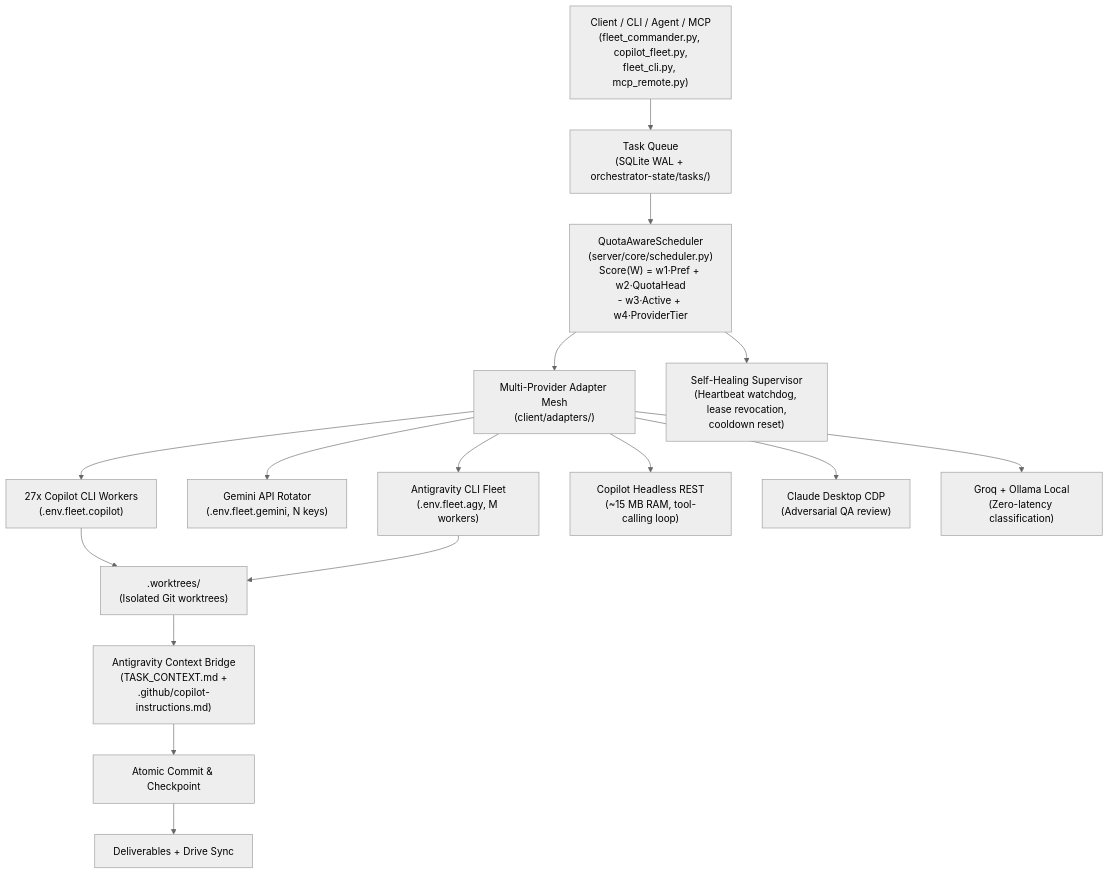
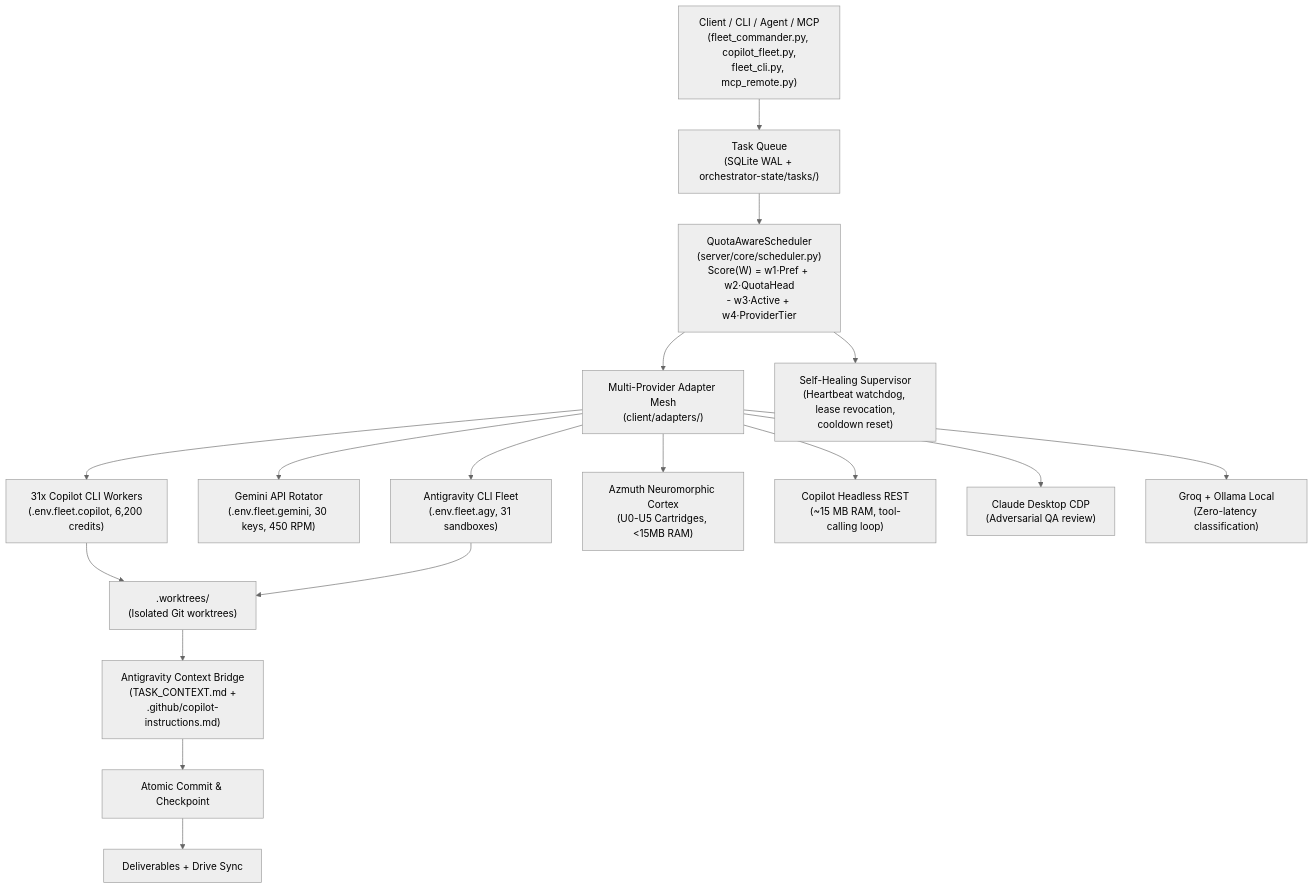
Before and after one commit to AaradhyaDT/Fleet-Orchestrator: the diagram in .agents/skills/fleet-orchestrator/SKILL.md, drawn with Mermaid (neutral theme). The commit also changed other lines of this file and 3 other files, not shown here.

Commit message:
docs(skills): update fleet-orchestrator and adaptive-workflow skills to 31 Copilot workers and 30 Gemini keys (#26)

````diff
--- a/.agents/skills/fleet-orchestrator/SKILL.md
+++ b/.agents/skills/fleet-orchestrator/SKILL.md
@@ -23,23 +23,24 @@
 ```mermaid
 flowchart TD
     Submission["Client / CLI / Agent / MCP\n(fleet_commander.py, copilot_fleet.py,\nfleet_cli.py, mcp_remote.py)"] --> Queue["Task Queue\n(SQLite WAL + orchestrator-state/tasks/)"]
 
     Queue --> Scheduler["QuotaAwareScheduler\n(server/core/scheduler.py)\nScore(W) = w1·Pref + w2·QuotaHead\n- w3·Active + w4·ProviderTier"]
 
     Scheduler --> AdapterMesh["Multi-Provider Adapter Mesh\n(client/adapters/)"]
 
-    AdapterMesh --> CopilotCLI["27x Copilot CLI Workers\n(.env.fleet.copilot)"]
-    AdapterMesh --> GeminiAPI["Gemini API Rotator\n(.env.fleet.gemini, N keys)"]
-    AdapterMesh --> AGYCLI["Antigravity CLI Fleet\n(.env.fleet.agy, M workers)"]
+    AdapterMesh --> CopilotCLI["31x Copilot CLI Workers\n(.env.fleet.copilot, 6,200 credits)"]
+    AdapterMesh --> GeminiAPI["Gemini API Rotator\n(.env.fleet.gemini, 30 keys, 450 RPM)"]
+    AdapterMesh --> AGYCLI["Antigravity CLI Fleet\n(.env.fleet.agy, 31 sandboxes)"]
+    AdapterMesh --> AzmuthMacro["Azmuth Neuromorphic Cortex\n(U0-U5 Cartridges, <15MB RAM)"]
     AdapterMesh --> CopilotHeadless["Copilot Headless REST\n(~15 MB RAM, tool-calling loop)"]
     AdapterMesh --> ClaudeCDP["Claude Desktop CDP\n(Adversarial QA review)"]
     AdapterMesh --> GroqOllama["Groq + Ollama Local\n(Zero-latency classification)"]
 
     CopilotCLI --> Worktrees[".worktrees/\n(Isolated Git worktrees)"]
     AGYCLI --> Worktrees
     Worktrees --> Bridge["Antigravity Context Bridge\n(TASK_CONTEXT.md +\n.github/copilot-instructions.md)"]
     Bridge --> Commit["Atomic Commit & Checkpoint"]
     Commit --> Output["Deliverables + Drive Sync"]
 
     Scheduler --> Supervisor["Self-Healing Supervisor\n(Heartbeat watchdog, lease revocation,\ncooldown reset)"]
 ```
````
